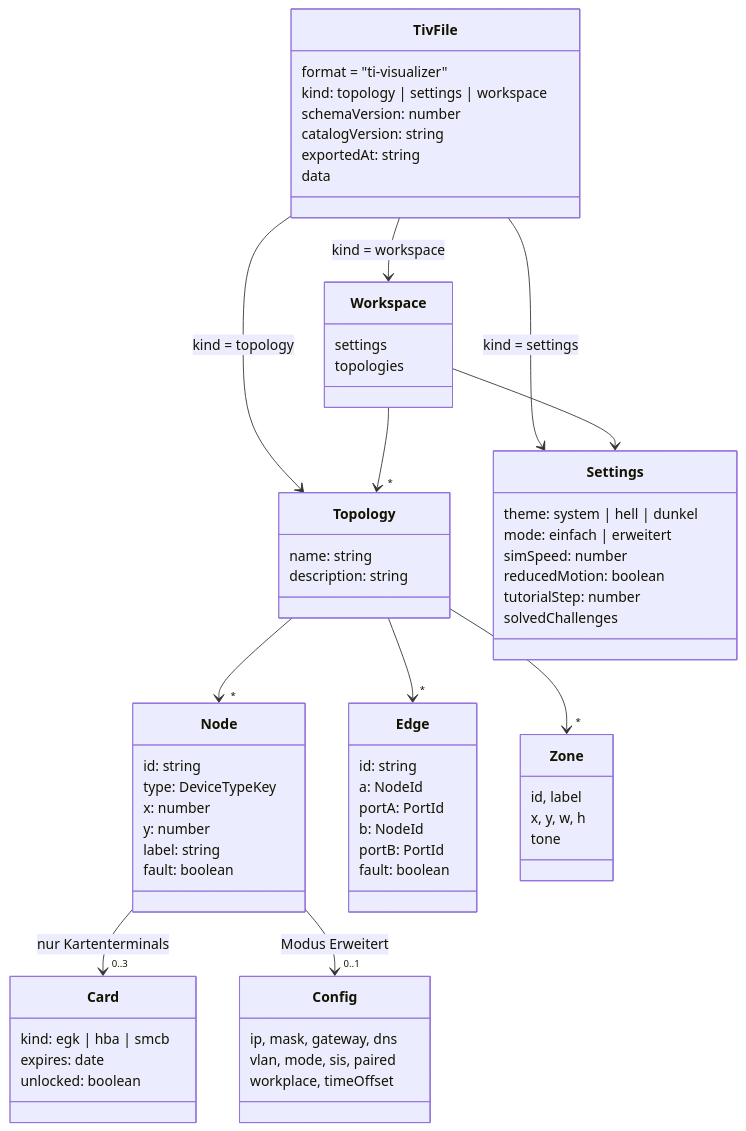
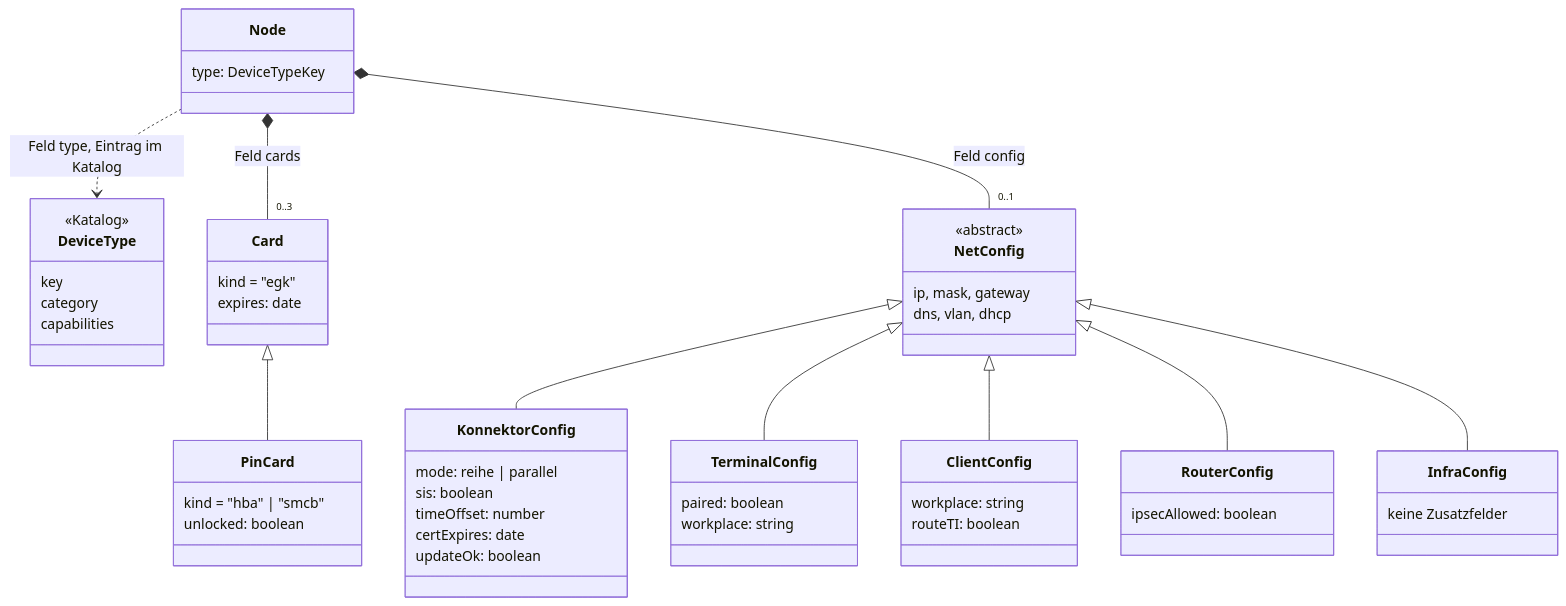
Before and after one commit to jurie2000/ti-visualizer: the fifth of 10 diagrams in specs/001-ti-visualizer-baukasten/architektur.md, drawn with Mermaid. The commit also changed other lines of this file and 8 other files, not shown here.

````diff
--- a/specs/001-ti-visualizer-baukasten/architektur.md
+++ b/specs/001-ti-visualizer-baukasten/architektur.md
@@ -113,69 +288,56 @@
 ```mermaid
 classDiagram
-    class TivFile {
-        format = "ti-visualizer"
-        kind: topology | settings | workspace
-        schemaVersion: number
-        catalogVersion: string
-        exportedAt: string
-        data
+    direction TB
+    class Node {
+        type: DeviceTypeKey
     }
-    class Topology {
-        name: string
-        description: string
-    }
-    class Node {
-        id: string
-        type: DeviceTypeKey
-        x: number
-        y: number
-        label: string
-        fault: boolean
+    class DeviceType {
+        <<Katalog>>
+        key
+        category
+        capabilities
     }
     class Card {
-        kind: egk | hba | smcb
+        kind = "egk"
         expires: date
+    }
+    class PinCard {
+        kind = "hba" | "smcb"
         unlocked: boolean
     }
-    class Config {
-        ip, mask, gateway, dns
-        vlan, mode, sis, paired
-        workplace, timeOffset
+    class NetConfig {
+        <<abstract>>
+        ip, mask, gateway
+        dns, vlan, dhcp
     }
-    class Edge {
-        id: string
-        a: NodeId
-        portA: PortId
-        b: NodeId
-        portB: PortId
-        fault: boolean
+    class KonnektorConfig {
+        mode: reihe | parallel
+        sis: boolean
+        timeOffset: number
+        certExpires: date
+        updateOk: boolean
     }
-    class Zone {
-        id, label
-        x, y, w, h
-        tone
+    class TerminalConfig {
+        paired: boolean
+        workplace: string
     }
-    class Settings {
-        theme: system | hell | dunkel
-        mode: einfach | erweitert
-        simSpeed: number
-        reducedMotion: boolean
-        tutorialStep: number
-        solvedChallenges
+    class ClientConfig {
+        workplace: string
+        routeTI: boolean
     }
-    class Workspace {
-        settings
-        topologies
+    class RouterConfig {
+        ipsecAllowed: boolean
     }
-
-    TivFile --> Topology : kind = topology
-    TivFile --> Settings : kind = settings
-    TivFile --> Workspace : kind = workspace
-    Workspace --> Settings
-    Workspace --> "*" Topology
-    Topology --> "*" Node
-    Topology --> "*" Edge
-    Topology --> "*" Zone
-    Node --> "0..3" Card : nur Kartenterminals
-    Node --> "0..1" Config : Modus Erweitert
+    class InfraConfig {
+        keine Zusatzfelder
+    }
+    Node ..> DeviceType : Feld type, Eintrag im Katalog
+    Node *-- "0..3" Card : Feld cards
+    Node *-- "0..1" NetConfig : Feld config
+    Card <|-- PinCard
+    NetConfig <|-- KonnektorConfig
+    NetConfig <|-- TerminalConfig
+    NetConfig <|-- ClientConfig
+    NetConfig <|-- RouterConfig
+    NetConfig <|-- InfraConfig
 ```
````
